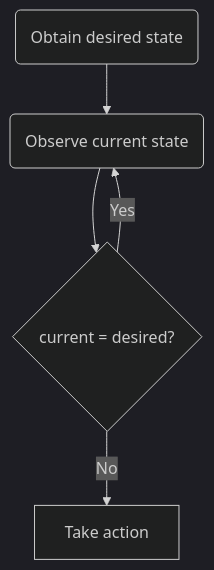
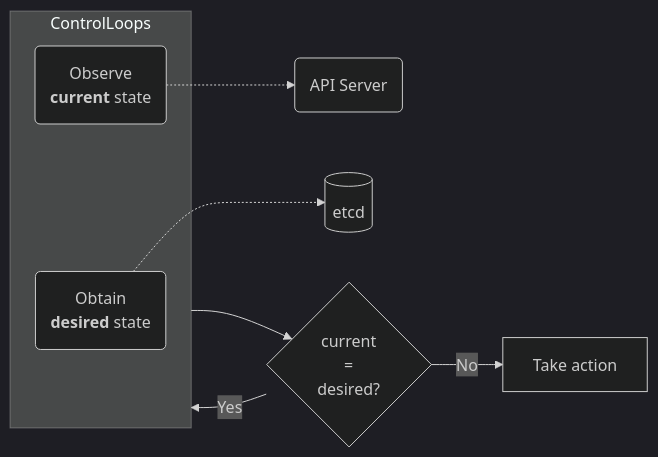
The second of 3 diagrams in docs/overview.md (Braundo/kubernetes-guide), drawn with Mermaid (dark theme) before and after one commit. The commit also changed other lines of this file and 2 other files, not shown here.

````diff
--- a/docs/overview.md
+++ b/docs/overview.md
@@ -30,7 +56,12 @@
 ``` mermaid
-flowchart TD
-    A(Obtain desired state) --> B(Observe current state)
-    B --> C{current = desired?}
-    C -->|Yes| B
+flowchart LR
+    subgraph ControlLoops
+    A(Obtain<br><b>desired</b> state)
+    B(Observe<br><b>current</b> state)
+    end
+    B -.-> api(API Server)
+    A -.-> etcd[(etcd)]
+    ControlLoops --> C{current <br>=<br> desired?}
+    C -->|Yes| ControlLoops
     C -->|No| E[Take action]
 ```
````
